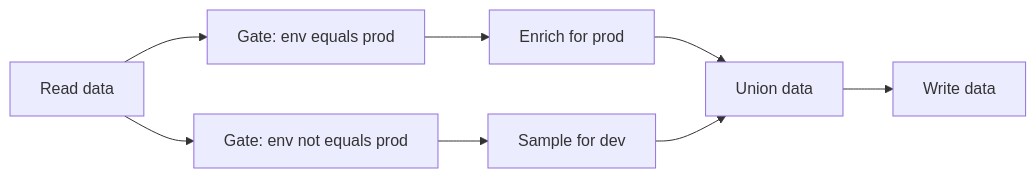
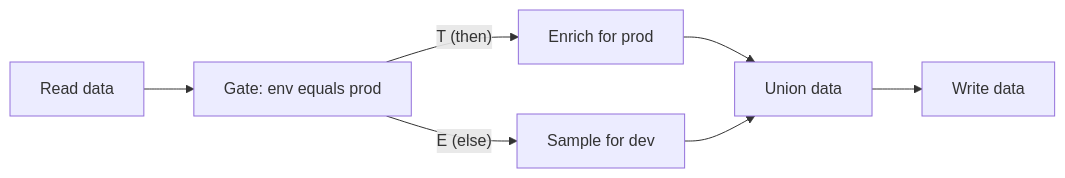
Before and after one commit to Edwardvaneechoud/Flowfile: the diagram in docs/users/visual-editor/nodes/combine.md, drawn with Mermaid. The commit also changed other lines of this file and 26 other files, not shown here.

````diff
--- a/docs/users/visual-editor/nodes/combine.md
+++ b/docs/users/visual-editor/nodes/combine.md
@@ -165,10 +172,9 @@
 ```mermaid
 graph LR
-    R[Read data] --> G1["Gate: env equals prod"]
-    R --> G2["Gate: env not equals prod"]
-    G1 --> P[Enrich for prod]
-    G2 --> D[Sample for dev]
+    R[Read data] --> G["Gate: env equals prod"]
+    G -- "T (then)" --> P[Enrich for prod]
+    G -- "E (else)" --> D[Sample for dev]
     P --> U[Union data]
     D --> U
     U --> W[Write data]
 ```
````
